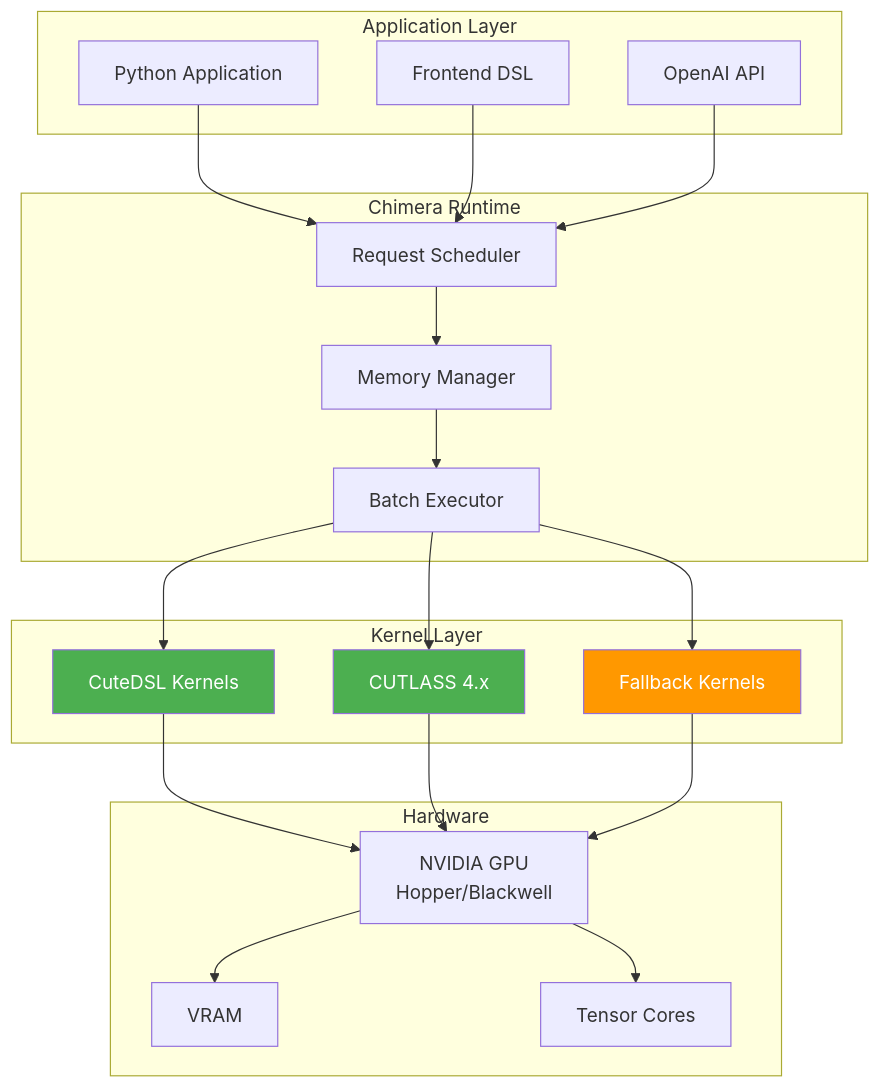
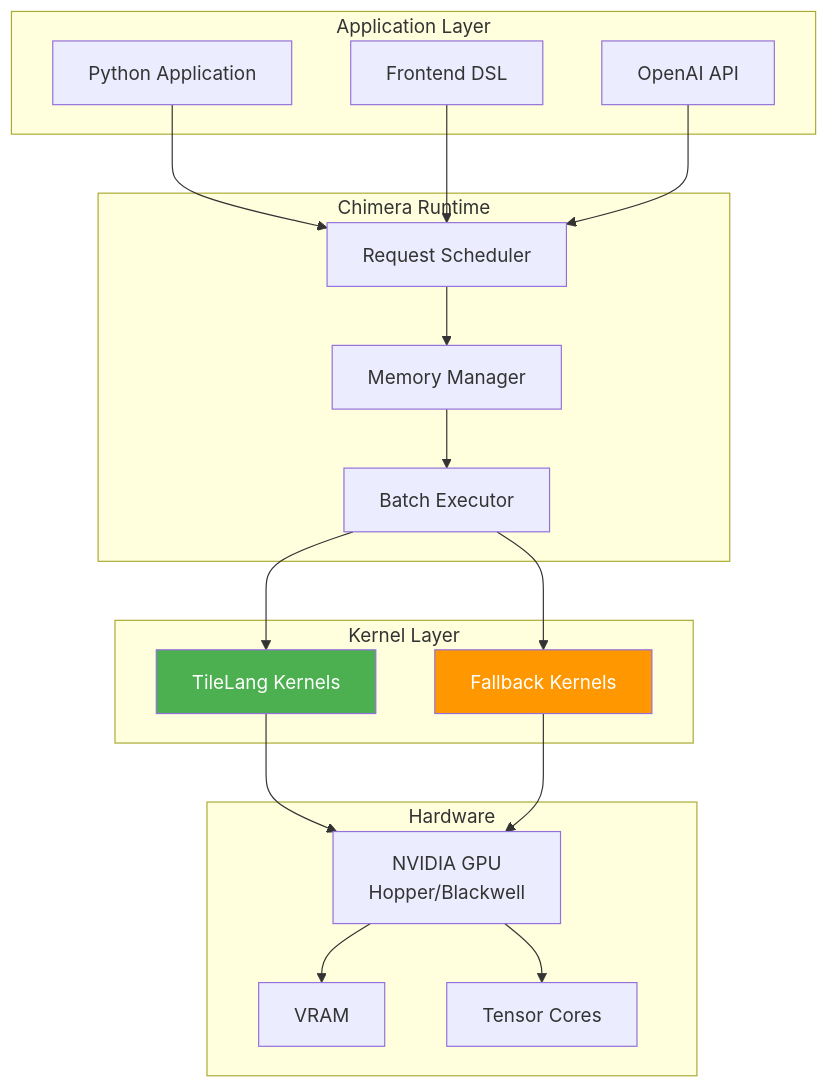
One commit to Ammar-Alnagar/Chimera changed the first of 6 diagrams in README.md. Above: the diagram before and after it, drawn with Mermaid. The commit also changed other lines of this file and 31 other files, not shown here.

Commit message:
refactor: replace CuteDSL with TileLang as the primary kernel backend across the codebase and documentation

````diff
--- a/README.md
+++ b/README.md
@@ -12,44 +12,40 @@
 ```mermaid
 flowchart TB
     subgraph "Application Layer"
         A1[Python Application]
         A2[Frontend DSL]
         A3[OpenAI API]
     end
 
     subgraph "Chimera Runtime"
         B1[Request Scheduler]
         B2[Memory Manager]
         B3[Batch Executor]
     end
 
     subgraph "Kernel Layer"
-        C1[CuteDSL Kernels]
-        C2[CUTLASS 4.x]
-        C3[Fallback Kernels]
+        C1[TileLang Kernels]
+        C2[Fallback Kernels]
     end
 
     subgraph "Hardware"
         D1[NVIDIA GPU<br/>Hopper/Blackwell]
         D2[VRAM]
         D3[Tensor Cores]
     end
 
     A1 --> B1
     A2 --> B1
     A3 --> B1
     B1 --> B2
     B2 --> B3
     B3 --> C1
     B3 --> C2
-    B3 --> C3
     C1 --> D1
     C2 --> D1
-    C3 --> D1
     D1 --> D2
     D1 --> D3
 
     style C1 fill:#4CAF50,color:#fff
-    style C2 fill:#4CAF50,color:#fff
-    style C3 fill:#FF9800,color:#fff
+    style C2 fill:#FF9800,color:#fff
 ```
````
